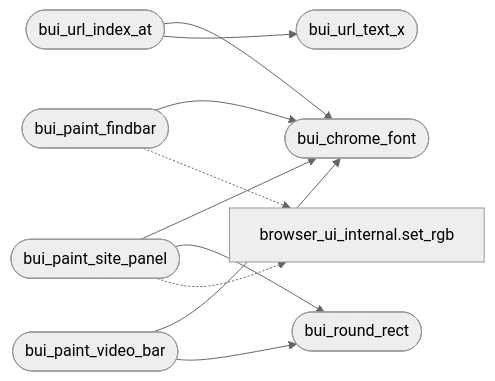
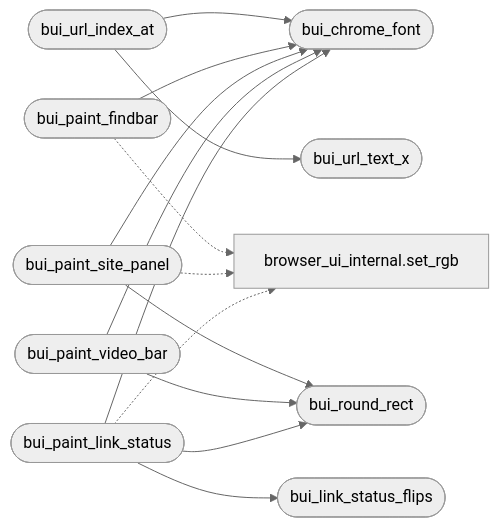
The diagram in readmenator-apidocs/modules/gui.bui_chrome.c.md (grisuno/FreeDom), drawn with Mermaid (neutral theme) before and after one commit. The commit also changed other lines of this file and 423 other files, not shown here.

````diff
--- a/readmenator-apidocs/modules/gui.bui_chrome.c.md
+++ b/readmenator-apidocs/modules/gui.bui_chrome.c.md
@@ -14,20 +14,26 @@
 ```mermaid
 flowchart LR
     n_gui_bui_chrome_c__bui_url_index_at(["bui_url_index_at"])
     n_gui_bui_chrome_c__bui_chrome_font(["bui_chrome_font"])
     n_gui_bui_chrome_c__bui_url_text_x(["bui_url_text_x"])
     n_gui_bui_chrome_c__bui_paint_findbar(["bui_paint_findbar"])
     n_gui_bui_chrome_c__bui_paint_site_panel(["bui_paint_site_panel"])
     n_gui_bui_chrome_c__bui_round_rect(["bui_round_rect"])
     n_gui_bui_chrome_c__bui_paint_video_bar(["bui_paint_video_bar"])
+    n_gui_bui_chrome_c__bui_paint_link_status(["bui_paint_link_status"])
+    n_gui_bui_chrome_c__bui_link_status_flips(["bui_link_status_flips"])
     n_gui_browser_ui_internal_h__set_rgb["browser_ui_internal.set_rgb"]
     n_gui_bui_chrome_c__bui_url_index_at --> n_gui_bui_chrome_c__bui_chrome_font
     n_gui_bui_chrome_c__bui_url_index_at --> n_gui_bui_chrome_c__bui_url_text_x
     n_gui_bui_chrome_c__bui_paint_findbar --> n_gui_bui_chrome_c__bui_chrome_font
     n_gui_bui_chrome_c__bui_paint_site_panel --> n_gui_bui_chrome_c__bui_chrome_font
     n_gui_bui_chrome_c__bui_paint_site_panel --> n_gui_bui_chrome_c__bui_round_rect
     n_gui_bui_chrome_c__bui_paint_video_bar --> n_gui_bui_chrome_c__bui_chrome_font
     n_gui_bui_chrome_c__bui_paint_video_bar --> n_gui_bui_chrome_c__bui_round_rect
+    n_gui_bui_chrome_c__bui_paint_link_status --> n_gui_bui_chrome_c__bui_chrome_font
+    n_gui_bui_chrome_c__bui_paint_link_status --> n_gui_bui_chrome_c__bui_link_status_flips
+    n_gui_bui_chrome_c__bui_paint_link_status --> n_gui_bui_chrome_c__bui_round_rect
     n_gui_bui_chrome_c__bui_paint_findbar -.-> n_gui_browser_ui_internal_h__set_rgb
     n_gui_bui_chrome_c__bui_paint_site_panel -.-> n_gui_browser_ui_internal_h__set_rgb
+    n_gui_bui_chrome_c__bui_paint_link_status -.-> n_gui_browser_ui_internal_h__set_rgb
 ```
````
